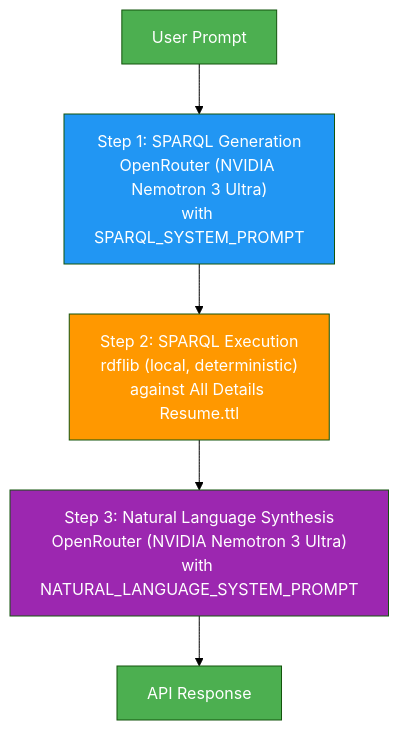
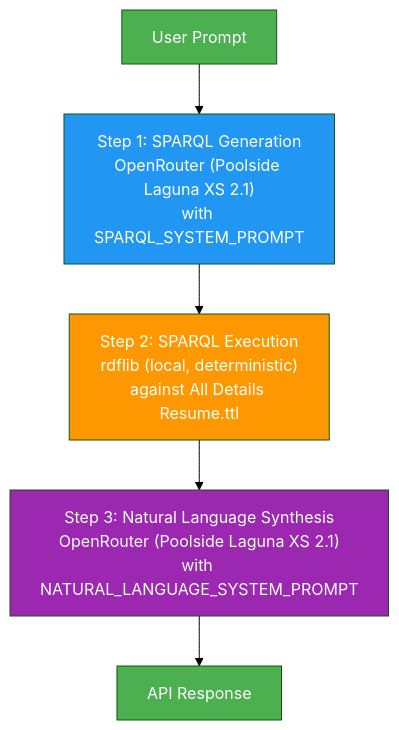
The first of 2 diagrams in README.md (dooa-ansari/personal-knowledge-graph-LLM), drawn with Mermaid (forest theme) before and after one commit. The commit also changed other lines of this file and 4 other files, not shown here.

````diff
--- a/README.md
+++ b/README.md
@@ -164,13 +164,13 @@
 ```mermaid
 flowchart TD
-    A[User Prompt] --> B["Step 1: SPARQL Generation<br/>OpenRouter (NVIDIA Nemotron 3 Ultra)<br/>with SPARQL_SYSTEM_PROMPT"]
+    A[User Prompt] --> B["Step 1: SPARQL Generation<br/>OpenRouter (Poolside Laguna XS 2.1)<br/>with SPARQL_SYSTEM_PROMPT"]
     B --> C["Step 2: SPARQL Execution<br/>rdflib (local, deterministic)<br/>against All Details Resume.ttl"]
-    C --> D["Step 3: Natural Language Synthesis<br/>OpenRouter (NVIDIA Nemotron 3 Ultra)<br/>with NATURAL_LANGUAGE_SYSTEM_PROMPT"]
+    C --> D["Step 3: Natural Language Synthesis<br/>OpenRouter (Poolside Laguna XS 2.1)<br/>with NATURAL_LANGUAGE_SYSTEM_PROMPT"]
     D --> E[API Response]
 
     style A fill:#4CAF50,color:#fff
     style B fill:#2196F3,color:#fff
     style C fill:#FF9800,color:#fff
     style D fill:#9C27B0,color:#fff
     style E fill:#4CAF50,color:#fff
 ```
````
